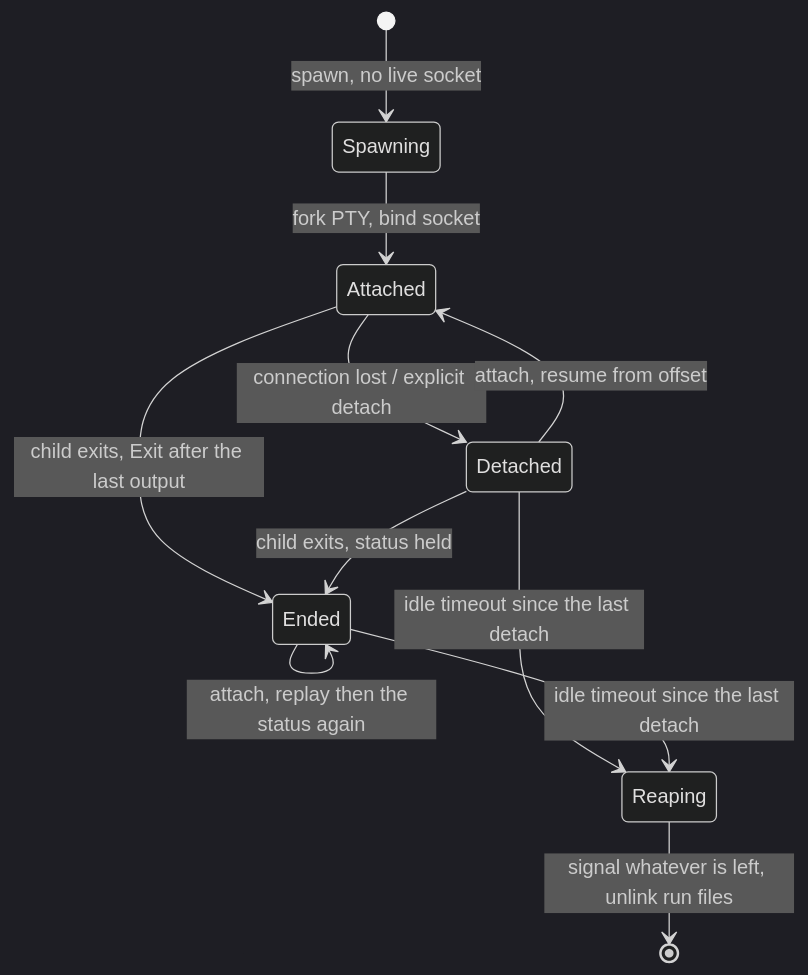
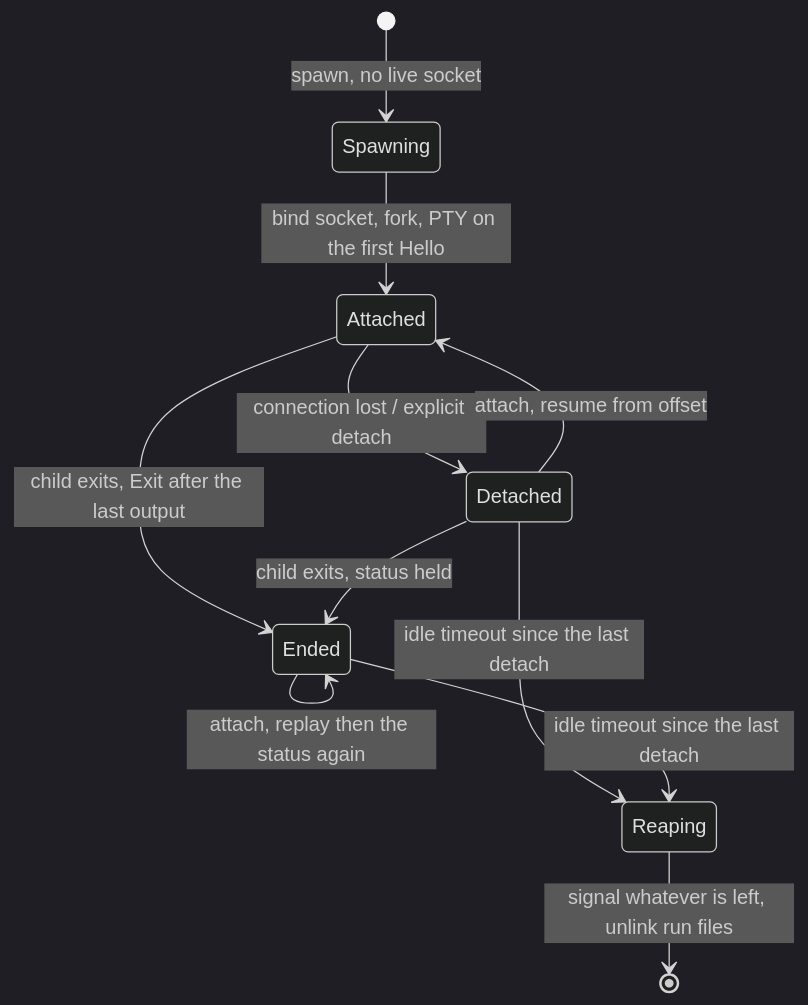
The second of 2 diagrams in DESIGN.md (fornwall/nomux), drawn with Mermaid (dark theme) before and after one commit. The commit also changed other lines of this file and 3 other files, not shown here.

````diff
--- a/DESIGN.md
+++ b/DESIGN.md
@@ -100,13 +97,13 @@
 ```mermaid
 stateDiagram-v2
   [*] --> Spawning: spawn, no live socket
-  Spawning --> Attached: fork PTY, bind socket
+  Spawning --> Attached: bind socket, fork, PTY on the first Hello
   Attached --> Detached: connection lost / explicit detach
   Detached --> Attached: attach, resume from offset
   Attached --> Ended: child exits, Exit after the last output
   Detached --> Ended: child exits, status held
   Ended --> Ended: attach, replay then the status again
   Detached --> Reaping: idle timeout since the last detach
   Ended --> Reaping: idle timeout since the last detach
   Reaping --> [*]: signal whatever is left, unlink run files
 ```
````
